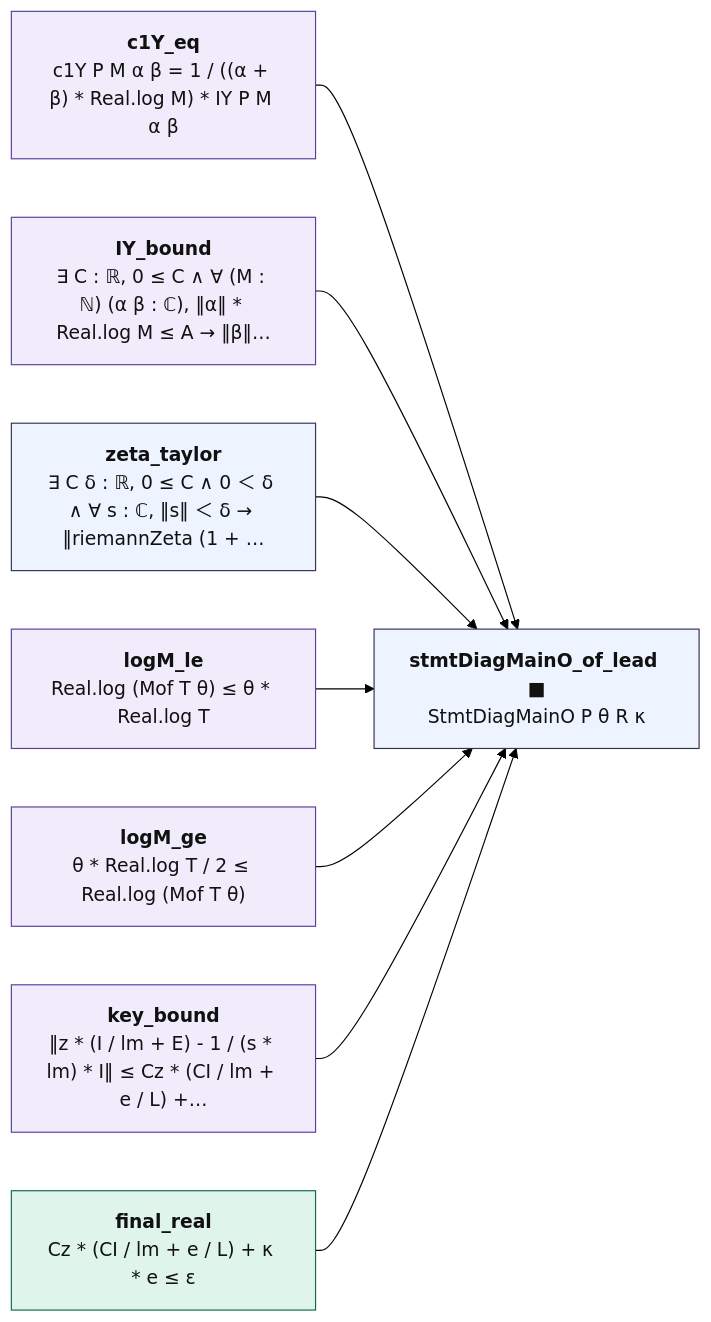
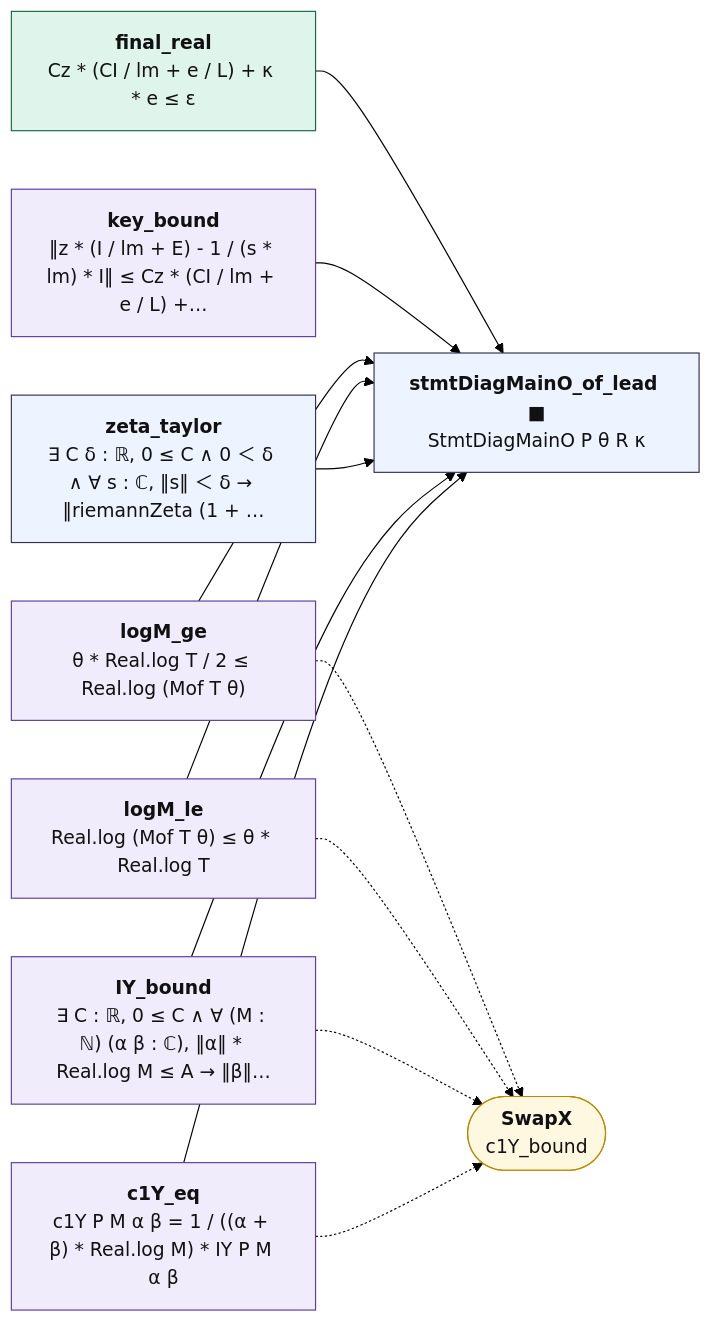
The diagram in map/lean_stage3/DiagMain.mmd (juliansambranojr/Primebeat_081426), drawn with Mermaid (forest theme) before and after one commit. The commit also changed 25 other files, not shown here.

```diff
--- a/map/lean_stage3/DiagMain.mmd
+++ b/map/lean_stage3/DiagMain.mmd
@@ -1,24 +1,29 @@
 flowchart LR
   n0["<b>c1Y_eq</b><br/>c1Y P M α β = 1 / ((α + β) * Real.log M) * IY P M α β"]:::shp
   n1["<b>IY_bound</b><br/>∃ C : ℝ, 0 ≤ C ∧ ∀ (M : ℕ) (α β : ℂ), ‖α‖ * Real.log M ≤ A → ‖β‖…"]:::shp
   n2["<b>zeta_taylor</b><br/>∃ C δ : ℝ, 0 ≤ C ∧ 0 ＜ δ ∧ ∀ s : ℂ, ‖s‖ ＜ δ → ‖riemannZeta (1 + …"]:::thm
   n3["<b>logM_le</b><br/>Real.log (Mof T θ) ≤ θ * Real.log T"]:::shp
   n4["<b>logM_ge</b><br/>θ * Real.log T / 2 ≤ Real.log (Mof T θ)"]:::shp
   n5["<b>key_bound</b><br/>‖z * (I / lm + E) - 1 / (s * lm) * I‖ ≤ Cz * (CI / lm + e / L) +…"]:::shp
   n6["<b>final_real</b><br/>Cz * (CI / lm + e / L) + κ * e ≤ ε"]:::cnt
   n7["<b>stmtDiagMainO_of_lead ■</b><br/>StmtDiagMainO P θ R κ"]:::thm
+  x0(["<b>SwapX</b><br/>c1Y_bound"]):::ext
   n0 --> n7
   n1 --> n7
   n2 --> n7
   n3 --> n7
   n4 --> n7
   n5 --> n7
   n6 --> n7
+  n0 -.-> x0
+  n1 -.-> x0
+  n3 -.-> x0
+  n4 -.-> x0
   classDef cnt fill:#dff5ec,stroke:#17694a,color:#111
   classDef shp fill:#f1ecfb,stroke:#5b3fa0,color:#111
   classDef rh fill:#ffe5e5,stroke:#c22,color:#111,stroke-width:2px
   classDef thm fill:#eef4ff,stroke:#335,color:#111
   classDef end_ fill:#e7f7e7,stroke:#2a7,color:#111,stroke-width:2px
   classDef lone fill:#fff,stroke:#999,color:#111,stroke-dasharray:4 3
   classDef bad fill:#ffe5e5,stroke:#c22,color:#111,stroke-width:2px
   classDef ext fill:#fff8e1,stroke:#b80,color:#111
```
